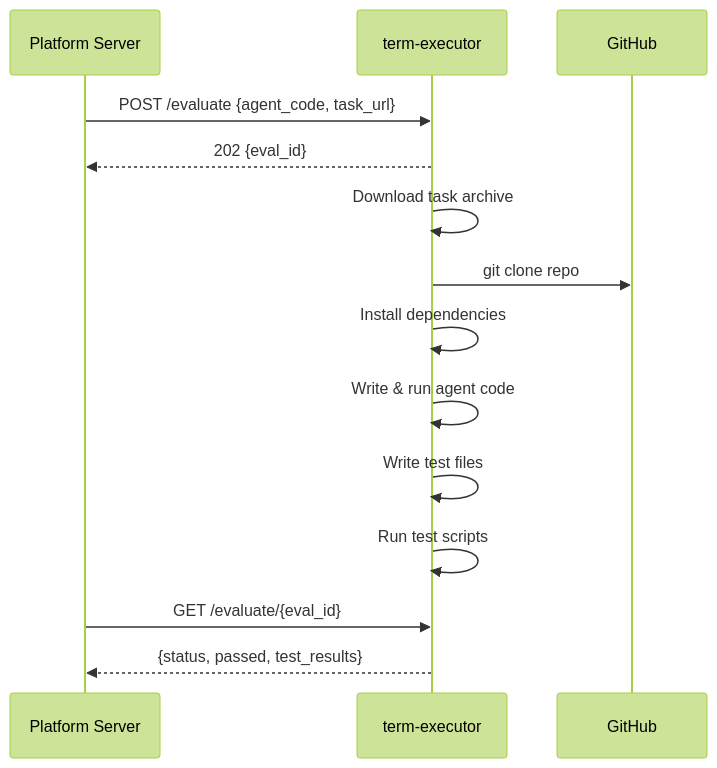
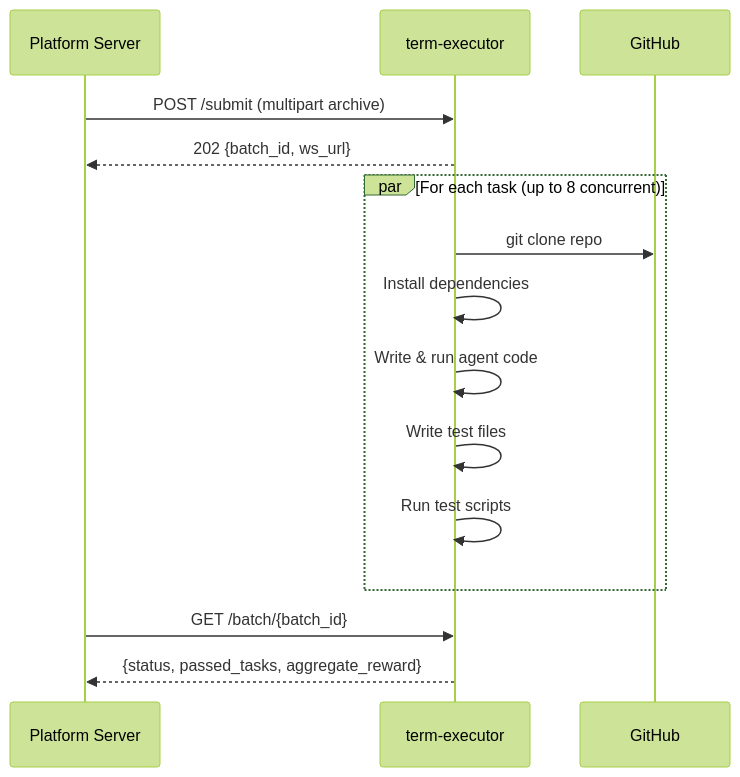
The second of 2 diagrams in README.md (PlatformNetwork/term-executor), drawn with Mermaid (forest theme) before and after one commit. The commit also changed other lines of this file and 12 other files, not shown here.

````diff
--- a/README.md
+++ b/README.md
@@ -21,19 +20,20 @@
 ```mermaid
 sequenceDiagram
     participant PS as Platform Server
     participant TE as term-executor
     participant GH as GitHub
 
-    PS->>TE: POST /evaluate {agent_code, task_url}
-    TE-->>PS: 202 {eval_id}
+    PS->>TE: POST /submit (multipart archive)
+    TE-->>PS: 202 {batch_id, ws_url}
 
-    TE->>TE: Download task archive
-    TE->>GH: git clone repo
-    TE->>TE: Install dependencies
-    TE->>TE: Write & run agent code
-    TE->>TE: Write test files
-    TE->>TE: Run test scripts
+    par For each task (up to 8 concurrent)
+        TE->>GH: git clone repo
+        TE->>TE: Install dependencies
+        TE->>TE: Write & run agent code
+        TE->>TE: Write test files
+        TE->>TE: Run test scripts
+    end
 
-    PS->>TE: GET /evaluate/{eval_id}
-    TE-->>PS: {status, passed, test_results}
+    PS->>TE: GET /batch/{batch_id}
+    TE-->>PS: {status, passed_tasks, aggregate_reward}
 ```
````
